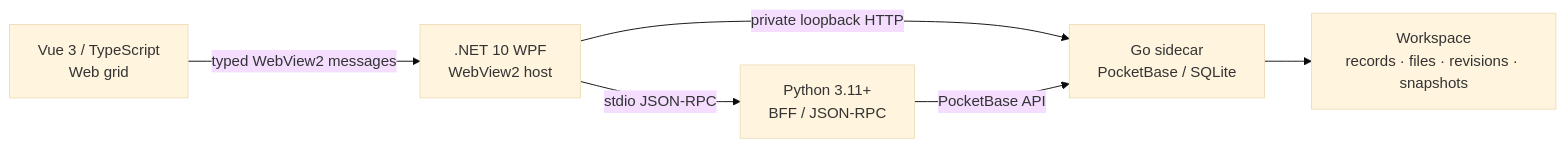
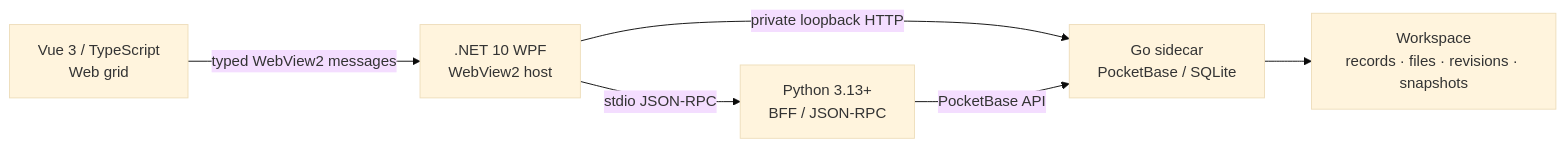
The diagram in README.md (FelixJI/VibeTable), drawn with Mermaid (base theme) before and after one commit. The commit also changed other lines of this file and 107 other files, not shown here.

````diff
--- a/README.md
+++ b/README.md
@@ -105,14 +105,14 @@
 ```mermaid
 flowchart LR
     Web["Vue 3 / TypeScript<br/>Web grid"]
     Host[".NET 10 WPF<br/>WebView2 host"]
-    BFF["Python 3.11+<br/>BFF / JSON-RPC"]
+    BFF["Python 3.13+<br/>BFF / JSON-RPC"]
     Sidecar["Go sidecar<br/>PocketBase / SQLite"]
     Workspace["Workspace<br/>records · files · revisions · snapshots"]
 
     Web -- "typed WebView2 messages" --> Host
     Host -- "stdio JSON-RPC" --> BFF
     Host -- "private loopback HTTP" --> Sidecar
     BFF -- "PocketBase API" --> Sidecar
     Sidecar --> Workspace
 ```
````
